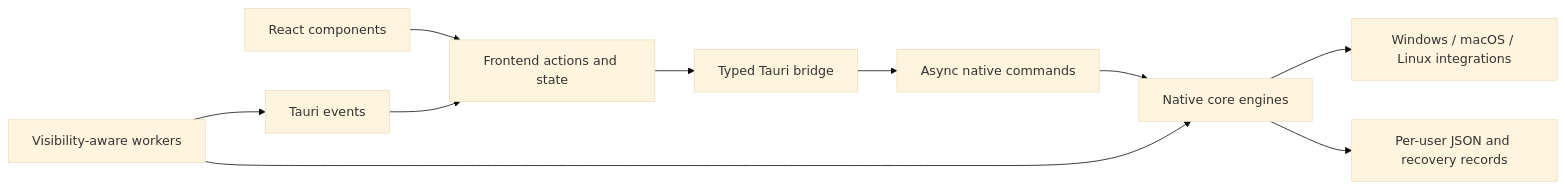
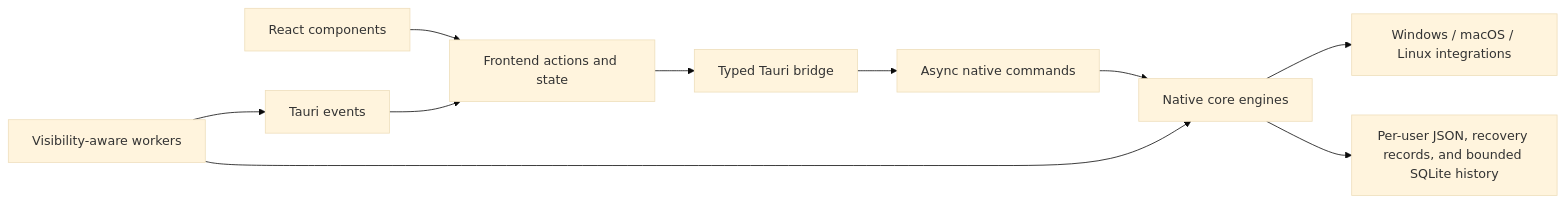
One commit to billighost/netmask changed the diagram in docs/ARCHITECTURE.md. Above: the diagram before and after it, drawn with Mermaid (base theme). The commit also changed other lines of this file and 102 other files, not shown here.

````diff
--- a/docs/ARCHITECTURE.md
+++ b/docs/ARCHITECTURE.md
@@ -5,12 +5,12 @@
 ```mermaid
 flowchart LR
   UI[React components] --> Actions[Frontend actions and state]
   Actions --> Bridge[Typed Tauri bridge]
   Bridge --> Commands[Async native commands]
   Commands --> Core[Native core engines]
   Core --> OS[Windows / macOS / Linux integrations]
-  Core --> Data[Per-user JSON and recovery records]
+  Core --> Data[Per-user JSON, recovery records, and bounded SQLite history]
   Workers[Visibility-aware workers] --> Core
   Workers --> Events[Tauri events]
   Events --> Actions
 ```
````
